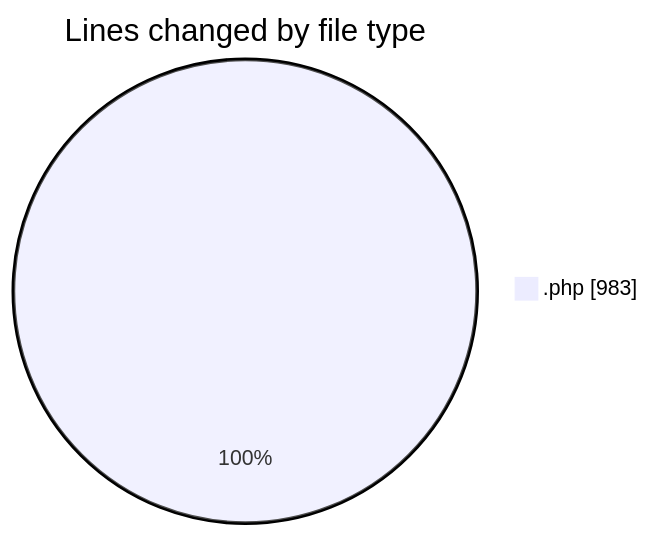
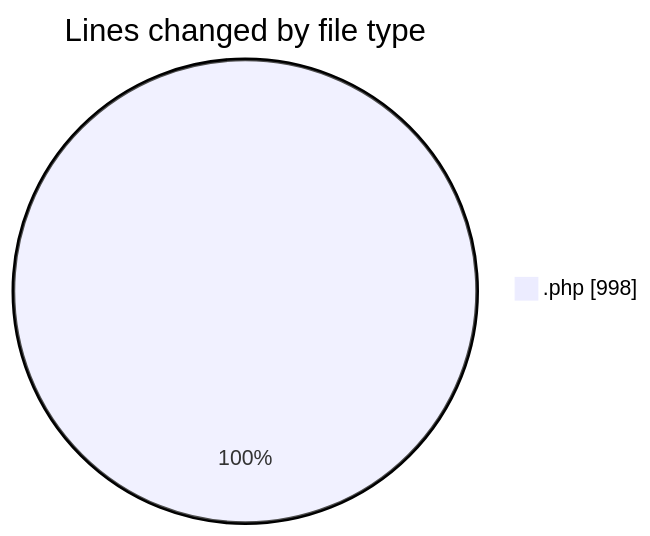
Before and after one commit to debugP/code-tracking: the first of 2 diagrams in 2026-09-16/untitled__workspace_/README.md, drawn with Mermaid. The commit also changed other lines of this file and 1 other file, not shown here.

````diff
--- a/2026-09-16/untitled__workspace_/README.md
+++ b/2026-09-16/untitled__workspace_/README.md
@@ -22,5 +22,5 @@
 ```mermaid
 pie showData
 title Lines changed by file type
-".php" : 983
+".php" : 998
 ```
````
